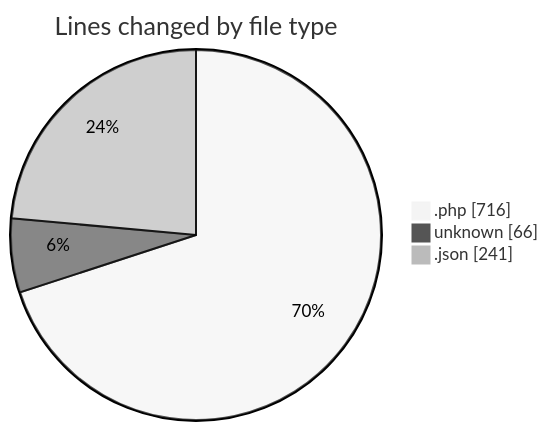
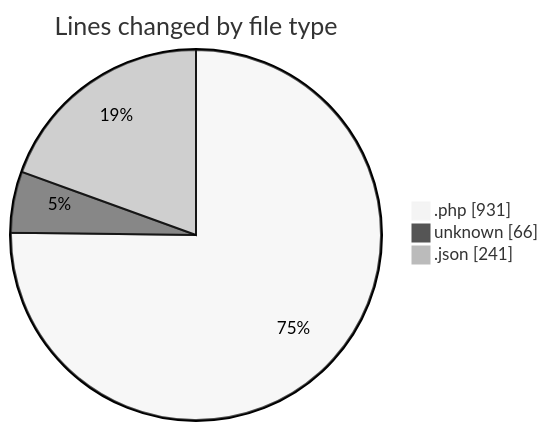
One commit to idhammustaqopulfikri/code-tracking changed the first of 2 diagrams in 2025-04-10/test/README.md. Above: the diagram before and after it, drawn with Mermaid (neutral theme). The commit also changed other lines of this file and 1 other file, not shown here.

````diff
--- a/2025-04-10/test/README.md
+++ b/2025-04-10/test/README.md
@@ -35,7 +36,7 @@
 ```mermaid
 pie showData
 title Lines changed by file type
-".php" : 716
+".php" : 931
 "unknown" : 66
 ".json" : 241
 ```
````
